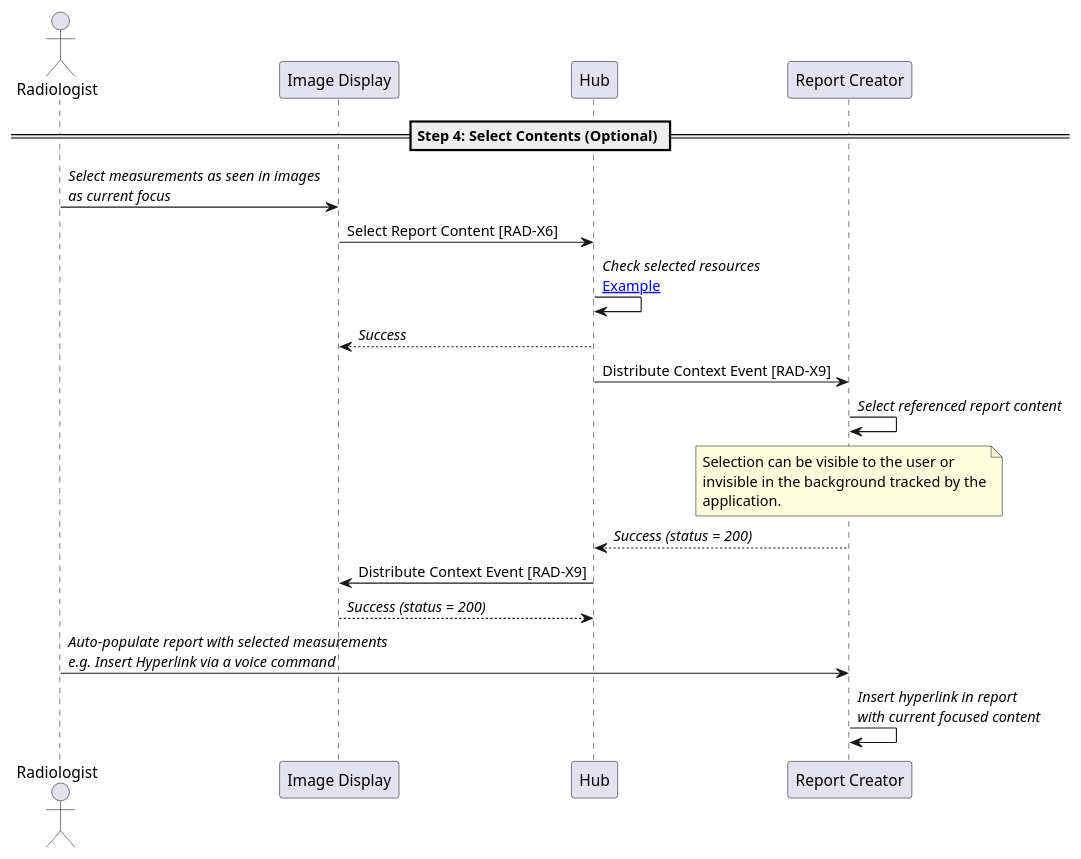
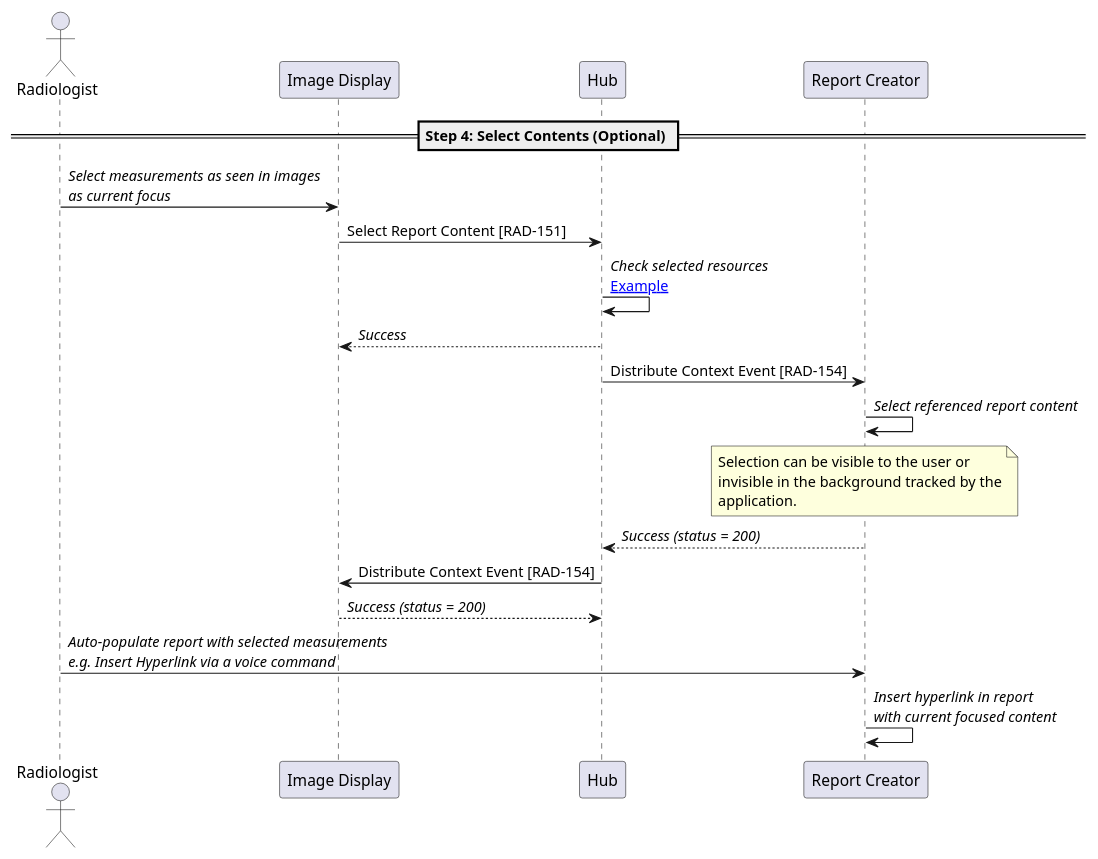
One commit to IHE/RAD.IRA changed the diagram in input/images-source/step4-select-measurements.plantuml. Above: the diagram before and after it, drawn with PlantUML. The commit also changed 44 other files, not shown here.

```diff
--- a/input/images-source/step4-select-measurements.plantuml
+++ b/input/images-source/step4-select-measurements.plantuml
@@ -1,34 +1,34 @@
 @startuml
 
 actor Radiologist as User
 participant "Image Display" as PACS
 participant "Hub" as Hub
 participant "Report Creator" as Report
 
 == Step 4: Select Contents (Optional) ==
 
 User->PACS: //Select measurements as seen in images//\n//as current focus//
 
-PACS->Hub: Select Report Content [RAD-X6]
+PACS->Hub: Select Report Content [RAD-151]
 Hub->Hub: //Check selected resources//\n[[select_study_and_observation.html#available-context-and-content-in-hub Example]]
 Hub-->PACS: //Success//
 
-Hub->Report: Distribute Context Event [RAD-X9]
+Hub->Report: Distribute Context Event [RAD-154]
 
 Report->Report: //Select referenced report content//
 note over Report
 Selection can be visible to the user or
 invisible in the background tracked by the
 application.
 end note
 
 Report-->Hub: //Success (status = 200)//
 
-Hub->PACS: Distribute Context Event [RAD-X9]
+Hub->PACS: Distribute Context Event [RAD-154]
 PACS-->Hub: //Success (status = 200)//
 
 User->Report: //Auto-populate report with selected measurements//\n//e.g. Insert Hyperlink via a voice command//
 
 Report->Report: //Insert hyperlink in report//\n//with current focused content//
 
 @enduml
```
